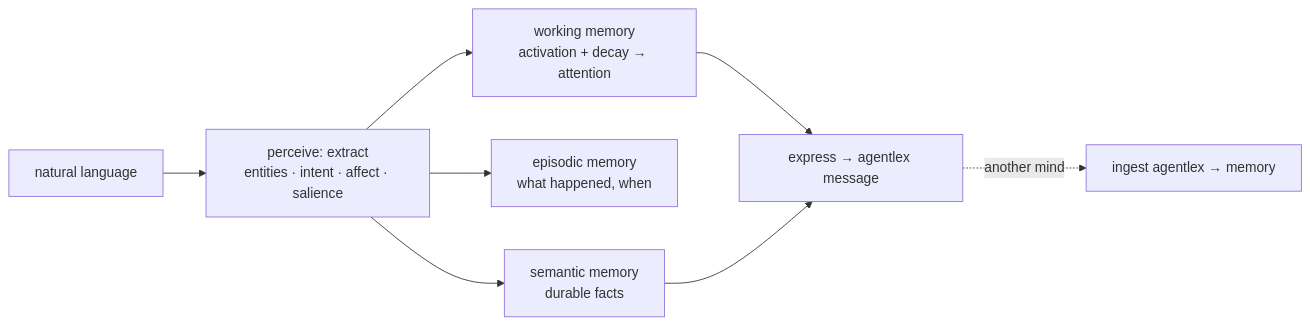
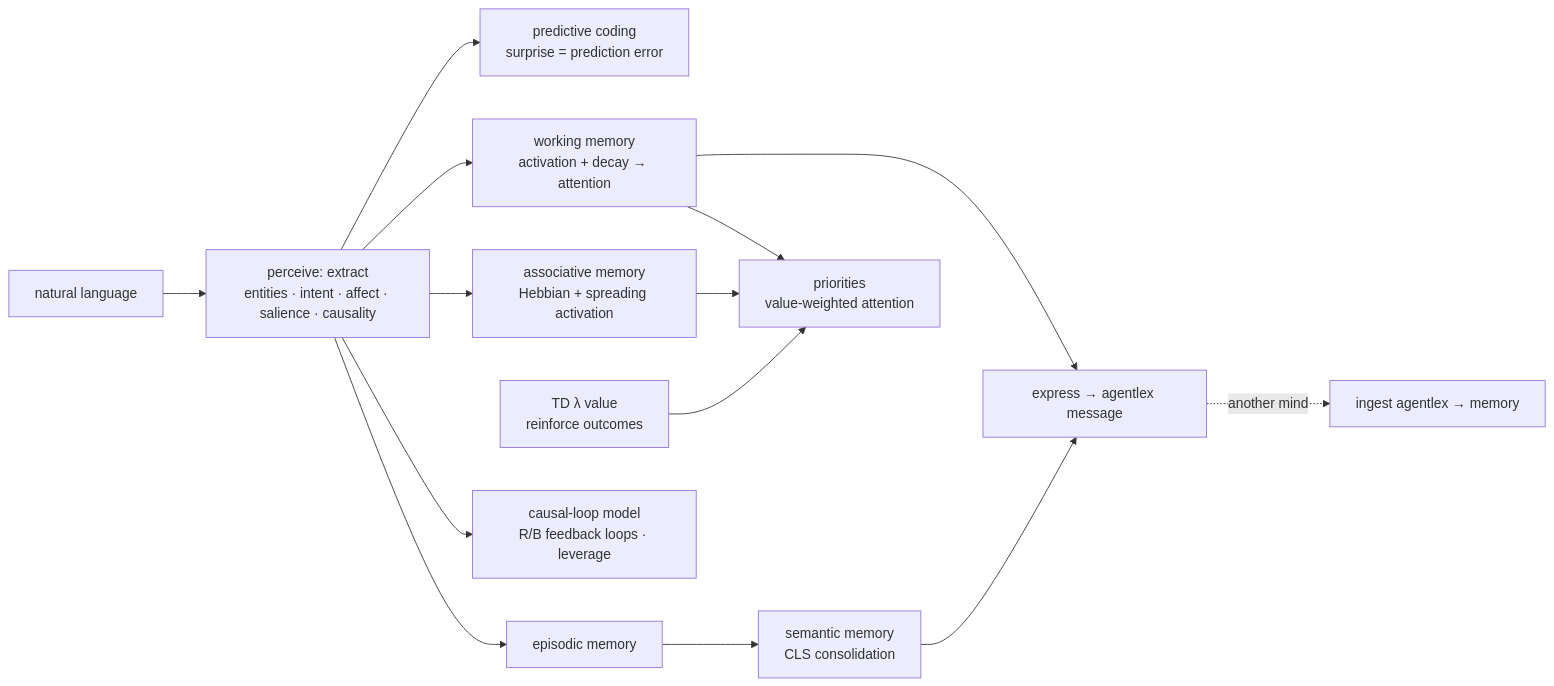
Before and after one commit to cognis-digital/humind: the diagram in README.md, drawn with Mermaid. The commit also changed other lines of this file and 10 other files, not shown here.

````diff
--- a/README.md
+++ b/README.md
@@ -12,9 +12,12 @@
 ```mermaid
 flowchart LR
-    T[natural language] --> P[perceive: extract<br/>entities · intent · affect · salience]
+    T[natural language] --> P[perceive: extract<br/>entities · intent · affect · salience · causality]
+    P --> SUR[predictive coding<br/>surprise = prediction error]
     P --> WM[working memory<br/>activation + decay → attention]
-    P --> EM[episodic memory<br/>what happened, when]
-    P --> SM[semantic memory<br/>durable facts]
+    P --> AM[associative memory<br/>Hebbian + spreading activation]
+    P --> EM[episodic memory] --> SM[semantic memory<br/>CLS consolidation]
+    P --> CG[causal-loop model<br/>R/B feedback loops · leverage]
+    WM & AM & VL[TD λ value<br/>reinforce outcomes] --> PR[priorities<br/>value-weighted attention]
     WM & SM --> X[express → agentlex message]
     X -. another mind .-> I[ingest agentlex → memory]
 ```
````
